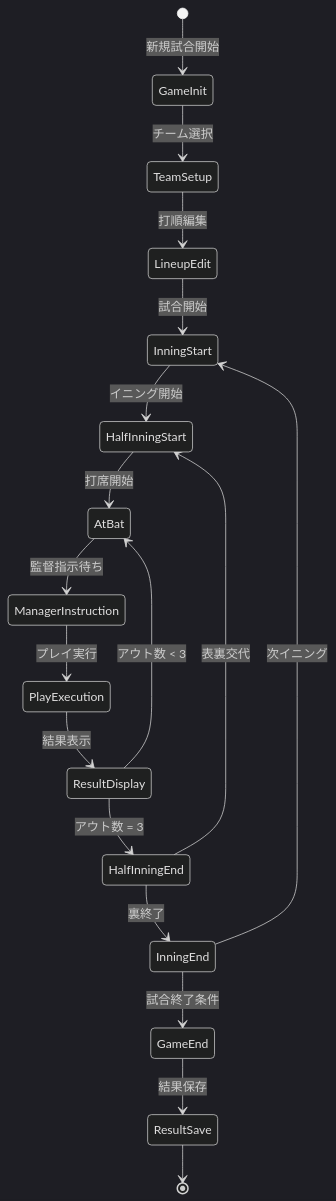
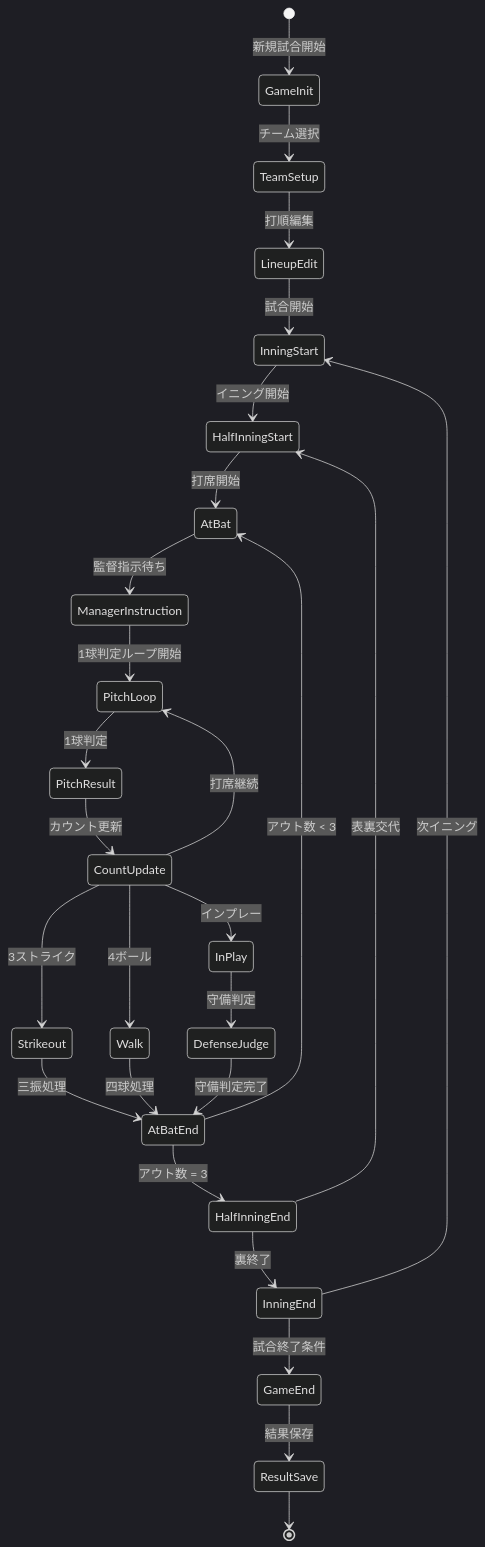
The second of 5 diagrams in .kiro/specs/text-based-baseball-manager/design.md (Sione/noraneko), drawn with Mermaid (dark theme) before and after one commit. The commit also changed other lines of this file and 3 other files, not shown here.

First line of the commit message:
Implement 1-ball unit judgment system and refine game flow mechanics

````diff
--- a/.kiro/specs/text-based-baseball-manager/design.md
+++ b/.kiro/specs/text-based-baseball-manager/design.md
@@ -131,26 +132,38 @@
 ```mermaid
 stateDiagram-v2
     [*] --> GameInit: 新規試合開始
     GameInit --> TeamSetup: チーム選択
     TeamSetup --> LineupEdit: 打順編集
     LineupEdit --> InningStart: 試合開始
     
     InningStart --> HalfInningStart: イニング開始
     HalfInningStart --> AtBat: 打席開始
     
     AtBat --> ManagerInstruction: 監督指示待ち
-    ManagerInstruction --> PlayExecution: プレイ実行
-    PlayExecution --> ResultDisplay: 結果表示
+    ManagerInstruction --> PitchLoop: 1球判定ループ開始
     
-    ResultDisplay --> AtBat: アウト数 < 3
-    ResultDisplay --> HalfInningEnd: アウト数 = 3
+    PitchLoop --> PitchResult: 1球判定
+    PitchResult --> CountUpdate: カウント更新
+    
+    CountUpdate --> PitchLoop: 打席継続
+    CountUpdate --> Strikeout: 3ストライク
+    CountUpdate --> Walk: 4ボール
+    CountUpdate --> InPlay: インプレー
+    
+    Strikeout --> AtBatEnd: 三振処理
+    Walk --> AtBatEnd: 四球処理
+    InPlay --> DefenseJudge: 守備判定
+    DefenseJudge --> AtBatEnd: 守備判定完了
+    
+    AtBatEnd --> AtBat: アウト数 < 3
+    AtBatEnd --> HalfInningEnd: アウト数 = 3
     
     HalfInningEnd --> HalfInningStart: 表裏交代
     HalfInningEnd --> InningEnd: 裏終了
     
     InningEnd --> InningStart: 次イニング
     InningEnd --> GameEnd: 試合終了条件
     
     GameEnd --> ResultSave: 結果保存
     ResultSave --> [*]
 ```
````
